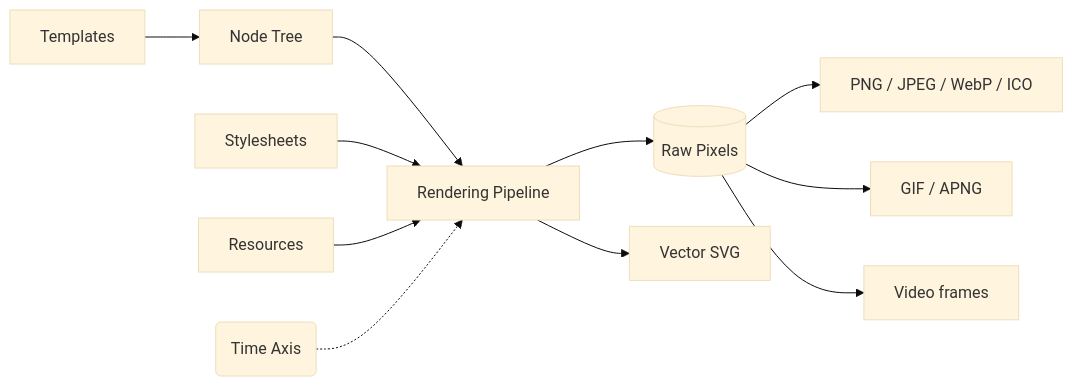
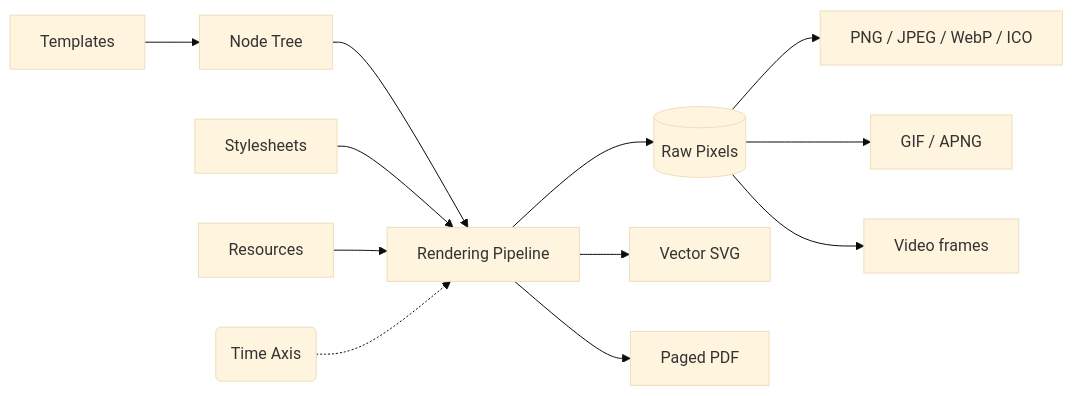
The diagram in README.md (kane50613/takumi), drawn with Mermaid (base theme) before and after one commit. The commit also changed other lines of this file and 9 other files, not shown here.

````diff
--- a/README.md
+++ b/README.md
@@ -219,14 +250,15 @@
 ```mermaid
 flowchart LR
     A[Templates] --> N[Node Tree] --> P[Rendering Pipeline]
     C[Stylesheets] --> P
     R[Resources] --> P
     D(Time Axis) -.-> P
 
     P --> F[(Raw Pixels)]
     P --> S[Vector SVG]
+    P --> V[Paged PDF]
 
     F --> G[PNG / JPEG / WebP / ICO]
     F --> H[GIF / APNG]
     F --> I[Video frames]
 ```
````
